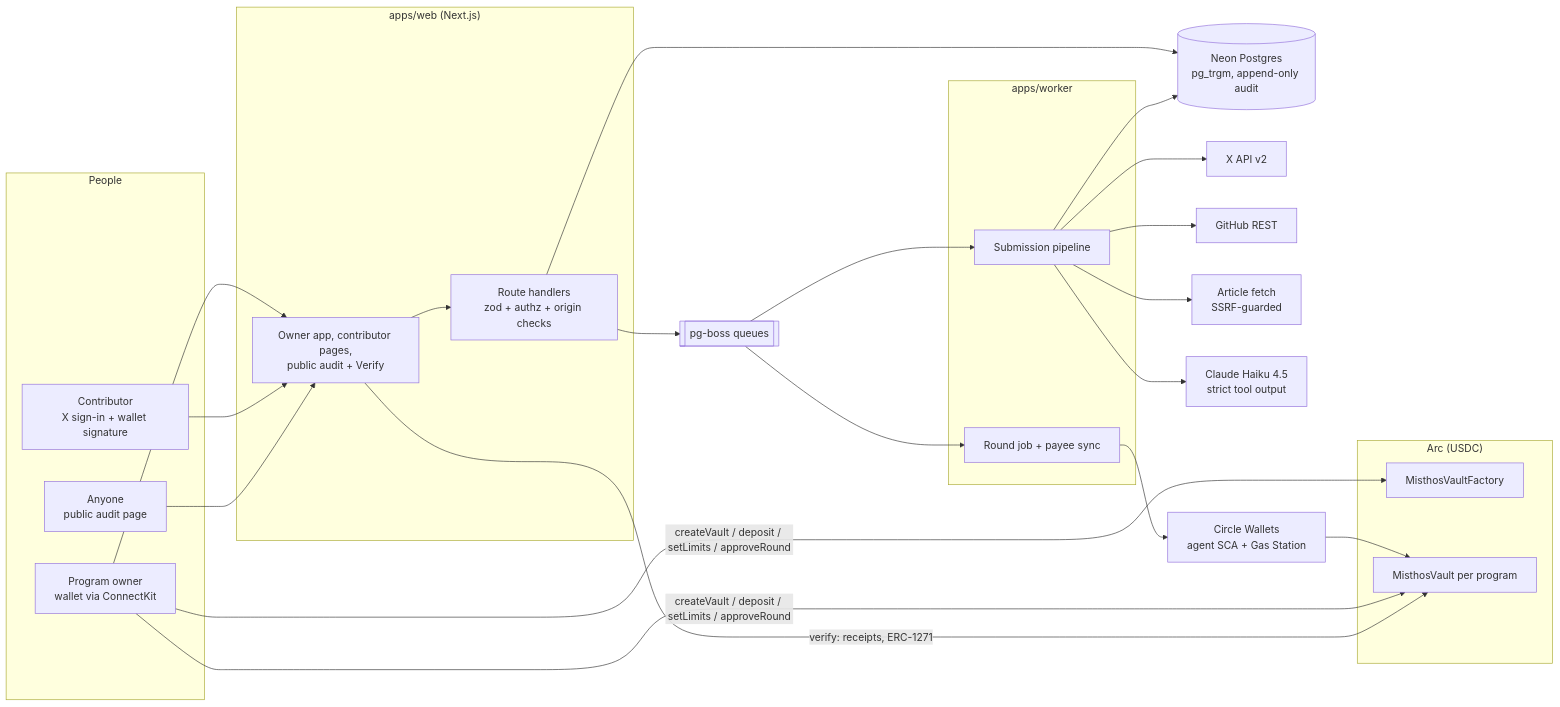
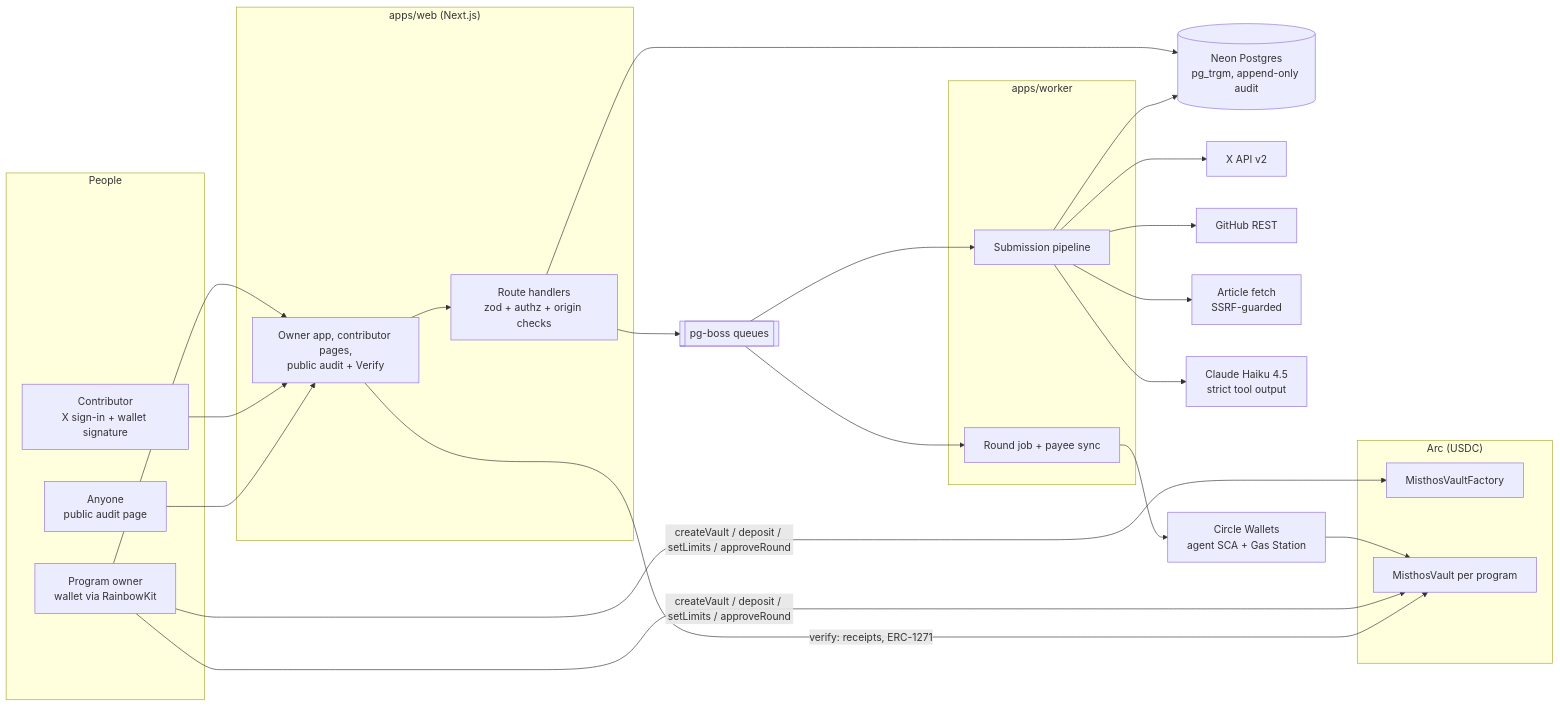
Before and after one commit to kenil1710/misthos: the diagram in ARCHITECTURE.md, drawn with Mermaid. The commit also changed 22 other files, not shown here.

First line of the commit message:
feat(web): connect wallets with RainbowKit

````diff
--- a/ARCHITECTURE.md
+++ b/ARCHITECTURE.md
@@ -3,36 +3,36 @@
 ```mermaid
 flowchart LR
   subgraph People
-    O[Program owner<br/>wallet via ConnectKit]
+    O[Program owner<br/>wallet via RainbowKit]
     C[Contributor<br/>X sign-in + wallet signature]
     P[Anyone<br/>public audit page]
   end
   subgraph Web["apps/web (Next.js)"]
     UI[Owner app, contributor pages,<br/>public audit + Verify]
     API[Route handlers<br/>zod + authz + origin checks]
   end
   DB[(Neon Postgres<br/>pg_trgm, append-only audit)]
   Q[[pg-boss queues]]
   subgraph Worker["apps/worker"]
     PIPE[Submission pipeline]
     ROUND[Round job + payee sync]
   end
   X[X API v2] & GH[GitHub REST] & WEB[Article fetch<br/>SSRF-guarded]
   LLM[Claude Haiku 4.5<br/>strict tool output]
   CIRCLE[Circle Wallets<br/>agent SCA + Gas Station]
   subgraph Arc["Arc (USDC)"]
     F[MisthosVaultFactory]
     V[MisthosVault per program]
   end
   O --> UI --> API
   C --> UI
   P --> UI
   API --> DB
   API --> Q --> PIPE & ROUND
   PIPE --> X & GH & WEB
   PIPE --> LLM
   PIPE --> DB
   ROUND --> CIRCLE --> V
   O -- createVault / deposit / setLimits / approveRound --> F & V
   UI -- verify: receipts, ERC-1271 --> V
 ```
````
